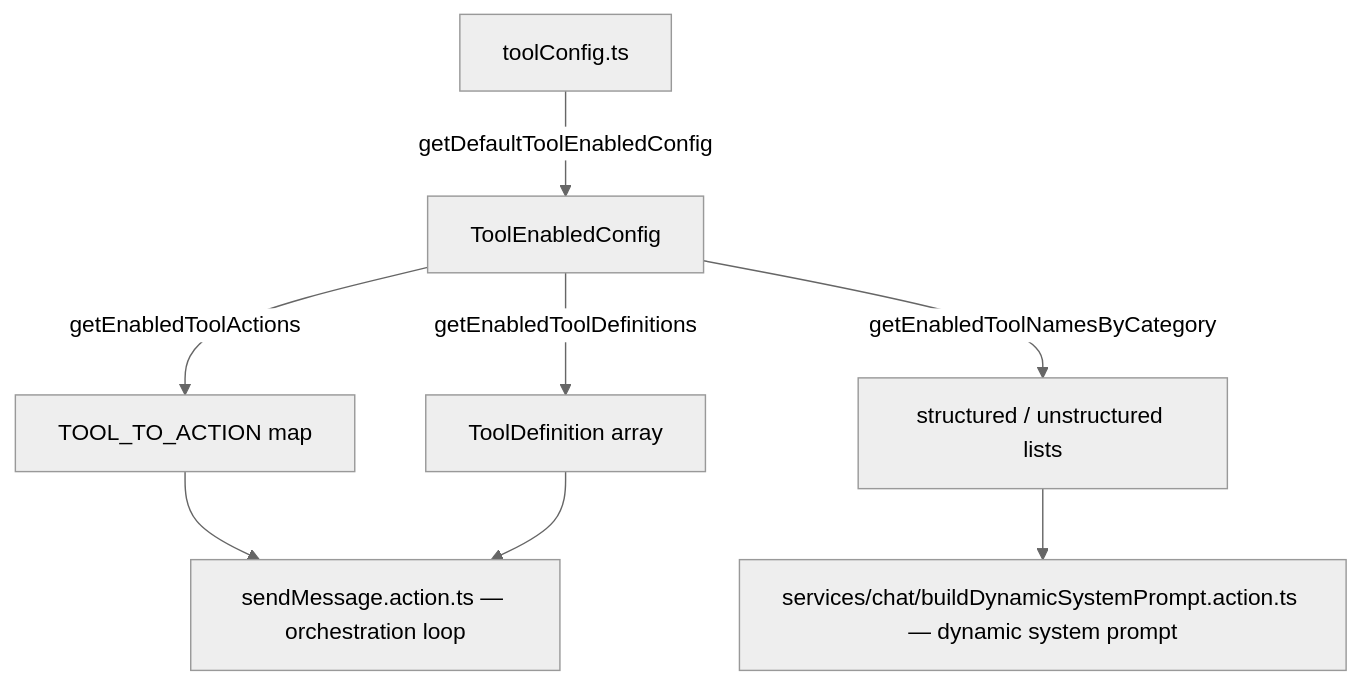
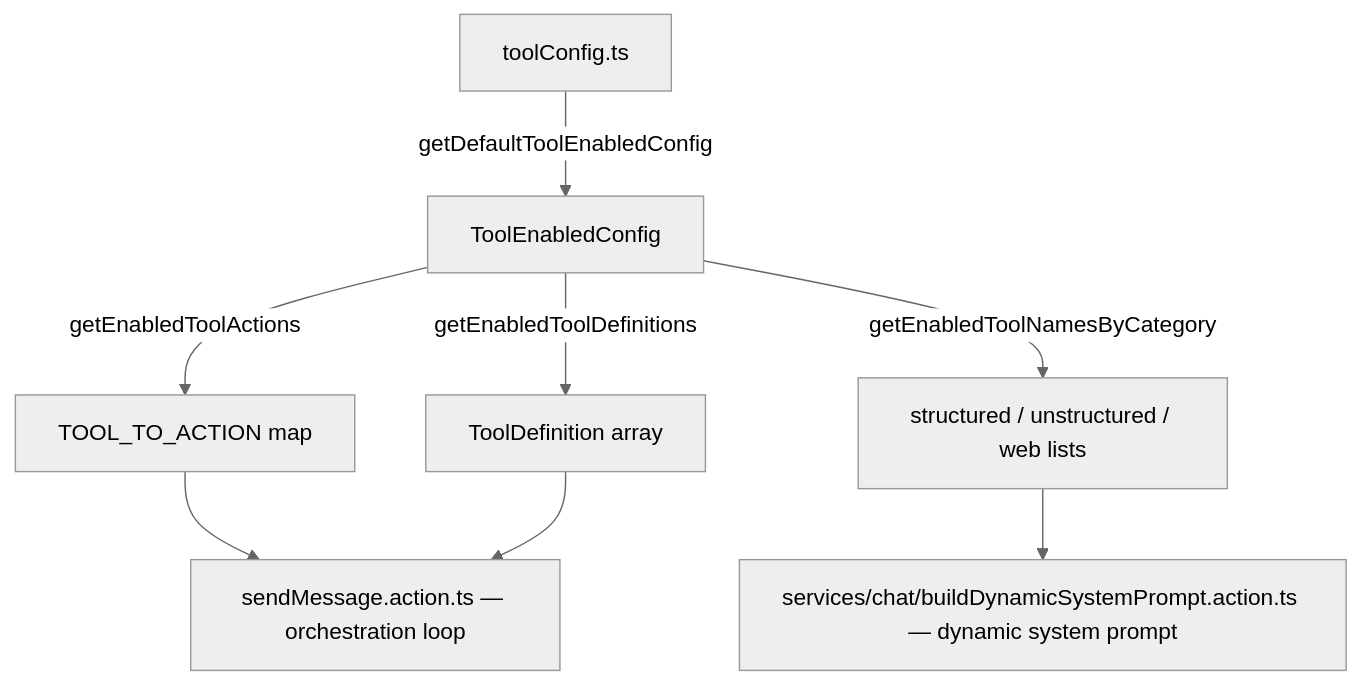
The first of 3 diagrams in docs/domain-knowledge/tool-configuration.md (hinora/data-analysis), drawn with Mermaid (neutral theme) before and after one commit. The commit also changed other lines of this file and 7 other files, not shown here.

````diff
--- a/docs/domain-knowledge/tool-configuration.md
+++ b/docs/domain-knowledge/tool-configuration.md
@@ -11,10 +11,10 @@
 ```mermaid
 graph TD
     A[toolConfig.ts] -->|getDefaultToolEnabledConfig| B[ToolEnabledConfig]
     B -->|getEnabledToolActions| C[TOOL_TO_ACTION map]
     B -->|getEnabledToolDefinitions| D[ToolDefinition array]
-    B -->|getEnabledToolNamesByCategory| E[structured / unstructured lists]
+    B -->|getEnabledToolNamesByCategory| E[structured / unstructured / web lists]
     C --> F[sendMessage.action.ts — orchestration loop]
     D --> F
     E --> G[services/chat/buildDynamicSystemPrompt.action.ts — dynamic system prompt]
 ```
````
